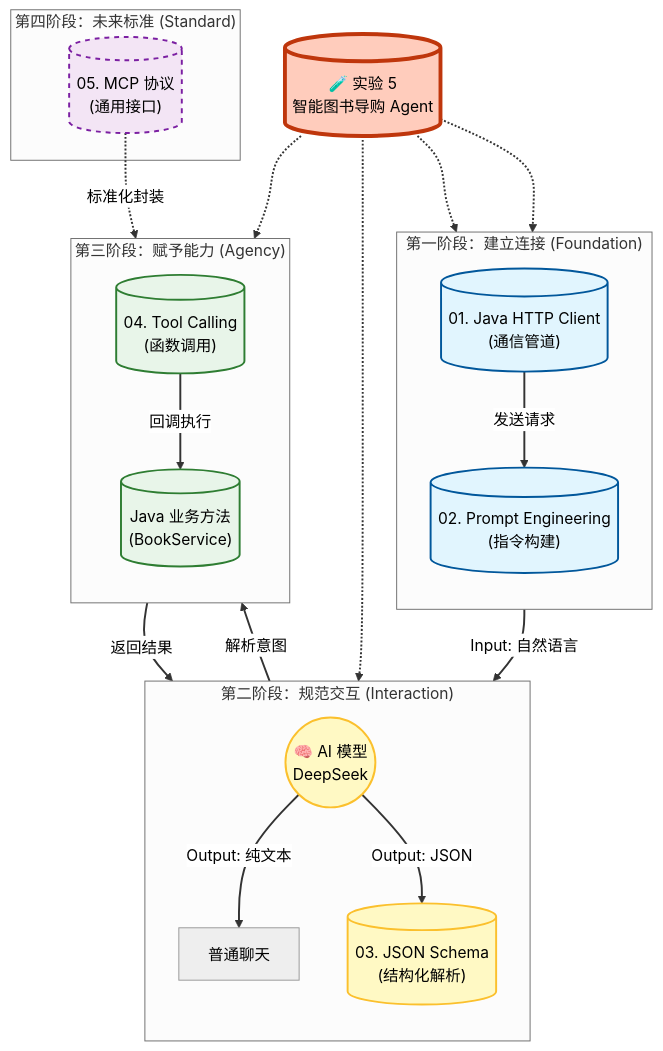
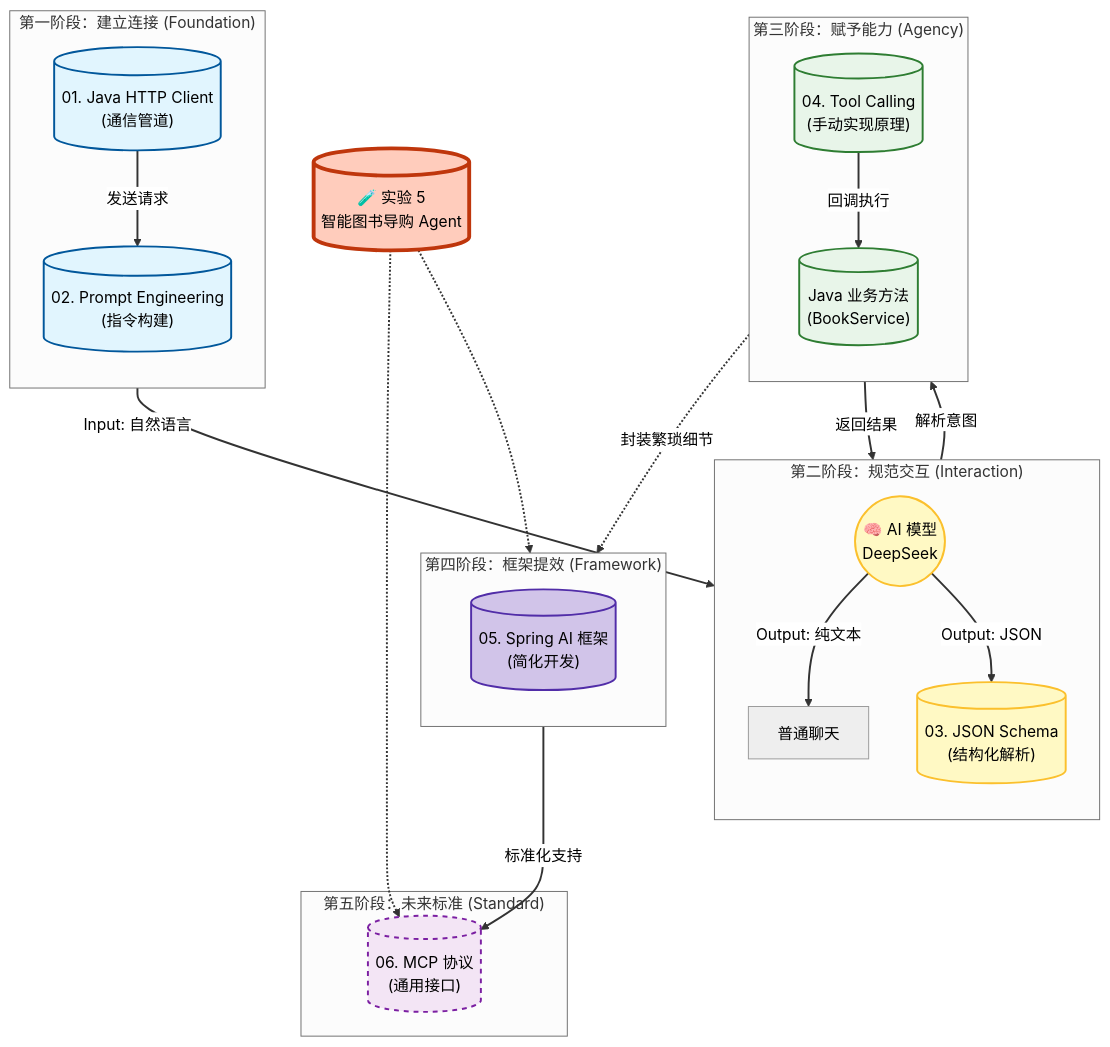
One commit to dedeguo/javaweb-course-docs changed the diagram in docs/chapter05/index.md. Above: the diagram before and after it, drawn with Mermaid (neutral theme). The commit also changed other lines of this file and 9 other files, not shown here.

````diff
--- a/docs/chapter05/index.md
+++ b/docs/chapter05/index.md
@@ -10,54 +12,58 @@
 ```mermaid
 graph TD
     %% 定义节点样式
     classDef foundation fill:#e1f5fe,stroke:#01579b,stroke-width:2px;
     classDef core fill:#fff9c4,stroke:#fbc02d,stroke-width:2px;
     classDef agent fill:#e8f5e9,stroke:#2e7d32,stroke-width:2px;
+    classDef framework fill:#d1c4e9,stroke:#512da8,stroke-width:2px;
     classDef future fill:#f3e5f5,stroke:#7b1fa2,stroke-width:2px,stroke-dasharray: 5 5;
     classDef lab fill:#ffccbc,stroke:#bf360c,stroke-width:4px;
 
     subgraph "第一阶段：建立连接 (Foundation)"
         direction TB
         01[("01. Java HTTP Client<br/>(通信管道)")]:::foundation
         02[("02. Prompt Engineering<br/>(指令构建)")]:::foundation
         
         01 -->|发送请求| 02
     end
 
     subgraph "第二阶段：规范交互 (Interaction)"
         direction TB
         AI((🧠 AI 模型<br/>DeepSeek)):::core
         03[("03. JSON Schema<br/>(结构化解析)")]:::core
         
         02 -->|Input: 自然语言| AI
         AI -->|Output: 纯文本| Chat[普通聊天]
         AI -->|Output: JSON| 03
     end
 
     subgraph "第三阶段：赋予能力 (Agency)"
         direction TB
-        04[("04. Tool Calling<br/>(函数调用)")]:::agent
+        04[("04. Tool Calling<br/>(手动实现原理)")]:::agent
         Service[("Java 业务方法<br/>(BookService)")]:::agent
         
         03 -->|解析意图| 04
         04 -->|回调执行| Service
         Service -->|返回结果| AI
     end
 
-    subgraph "第四阶段：未来标准 (Standard)"
-        05[("05. MCP 协议<br/>(通用接口)")]:::future
-        05 -.->|标准化封装| 04
+    subgraph "第四阶段：框架提效 (Framework)"
+        direction TB
+        05[("05. Spring AI 框架<br/>(简化开发)")]:::framework
+        04 -.->|封装繁琐细节| 05
+    end
+
+    subgraph "第五阶段：未来标准 (Standard)"
+        06[("06. MCP 协议<br/>(通用接口)")]:::future
+        05 -->|标准化支持| 06
     end
 
     %% 实验贯穿
     Lab[("🧪 实验 5<br/>智能图书导购 Agent")]:::lab
     
-    Lab -.-> 01
-    Lab -.-> 02
-    Lab -.-> 03
-    Lab -.-> 04
+    Lab -.-> 05
+    Lab -.-> 06
 
     %% 样式连接
     linkStyle default stroke:#333,stroke-width:2px;
-
 ```
````
